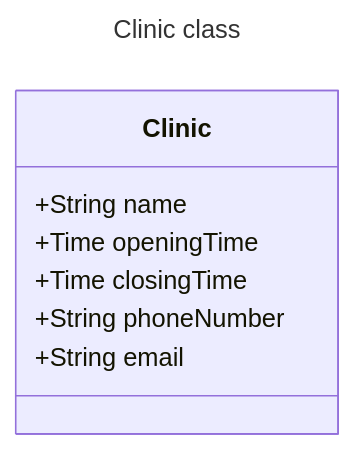
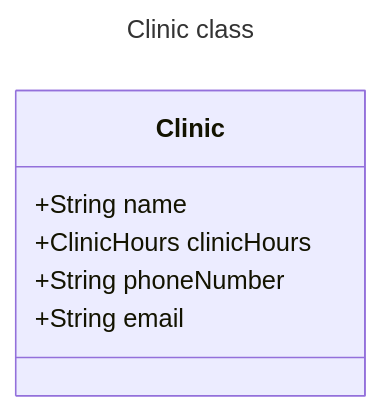
Before and after one commit to dkittle/Jane-clinic-exercise: the third of 7 diagrams in docs/Entities.md, drawn with Mermaid. The commit also changed other lines of this file and 3 other files, not shown here.

````diff
--- a/docs/Entities.md
+++ b/docs/Entities.md
@@ -37,13 +37,12 @@
 ```mermaid
 ---
 title: Clinic class
 ---
 classDiagram
     class Clinic{
         +String name
-        +Time openingTime
-        +Time closingTime
+        +ClinicHours clinicHours
         +String phoneNumber
         +String email
     }
 ```
````
